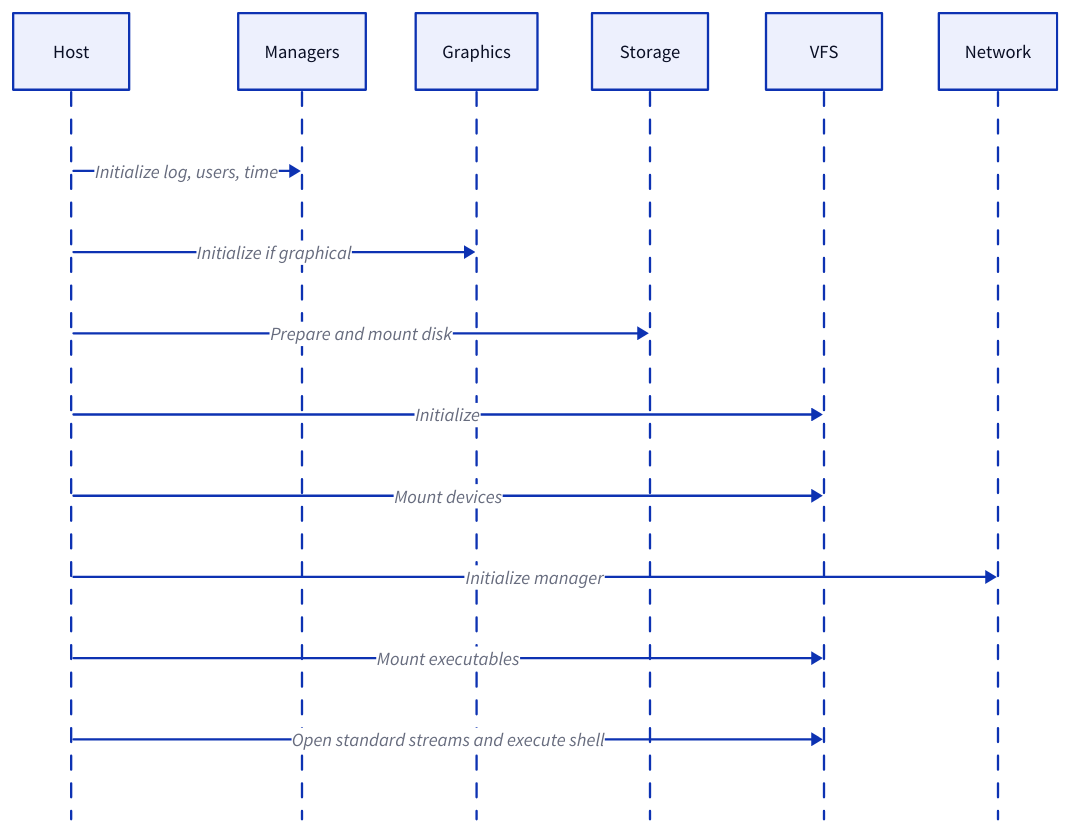
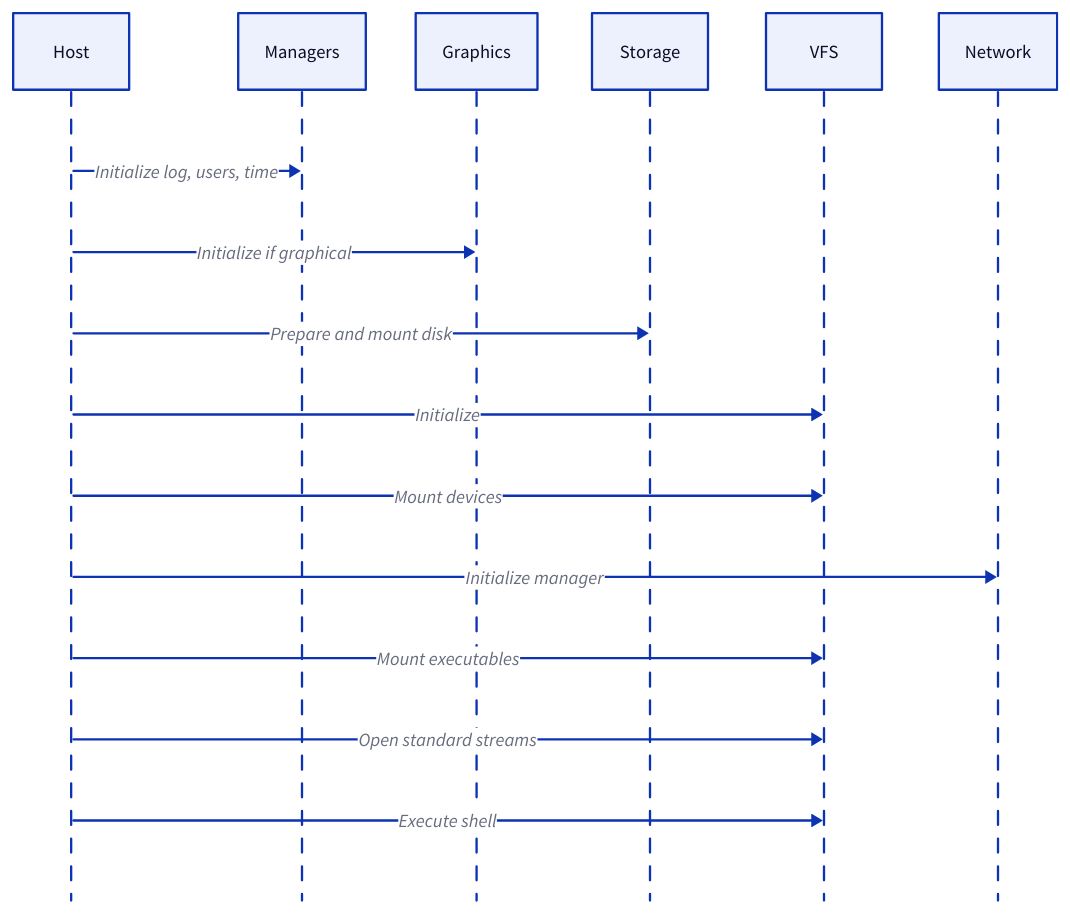
One commit to xila-project/website changed the diagram in src/content/docs/how-to/integrate-host.mdx. Above: the diagram before and after it, drawn with D2. The commit also changed 2 other files, not shown here.

Commit message:
docs(diagrams): keep the converted diagrams below 900 pixels wide
Lay out the wide diagrams vertically or with grids inside their
containers, and list the grid children in the order the page text
uses. Split the last message of the host sequence diagram into
opening the standard streams and executing the shell, which matches
the code of the native example.

````diff
--- a/src/content/docs/how-to/integrate-host.mdx
+++ b/src/content/docs/how-to/integrate-host.mdx
@@ -29,19 +29,20 @@
 ```d2 title="Initialization order of the native example"
 shape: sequence_diagram
 
 host: Host { class: focus }
 managers: Managers
 graphics: Graphics
 storage: Storage
 vfs: VFS
 network: Network
 
 host -> managers: "Initialize log, users, time"
 host -> graphics: "Initialize if graphical" { class: optional }
 host -> storage: "Prepare and mount disk"
 host -> vfs: Initialize
 host -> vfs: "Mount devices"
 host -> network: "Initialize manager"
 host -> vfs: "Mount executables"
-host -> vfs: "Open standard streams and execute shell"
+host -> vfs: "Open standard streams"
+host -> vfs: "Execute shell"
 ```
````
